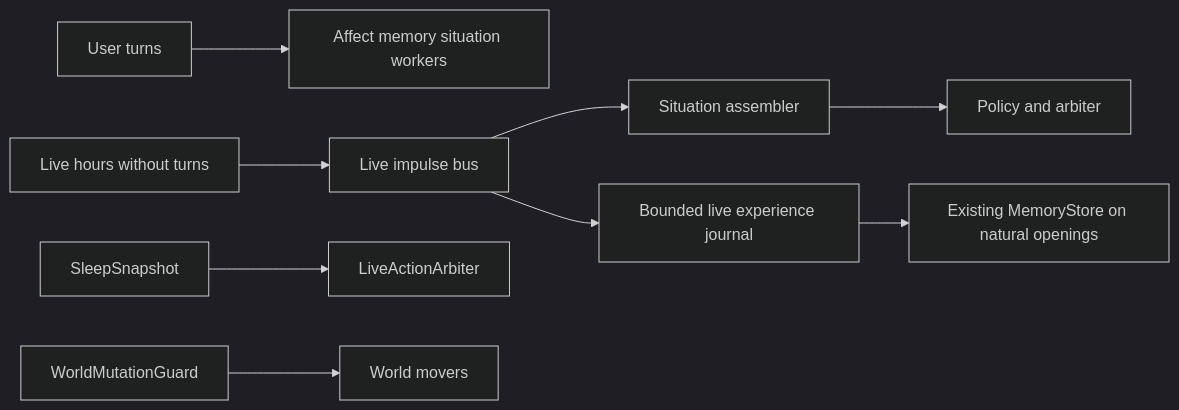
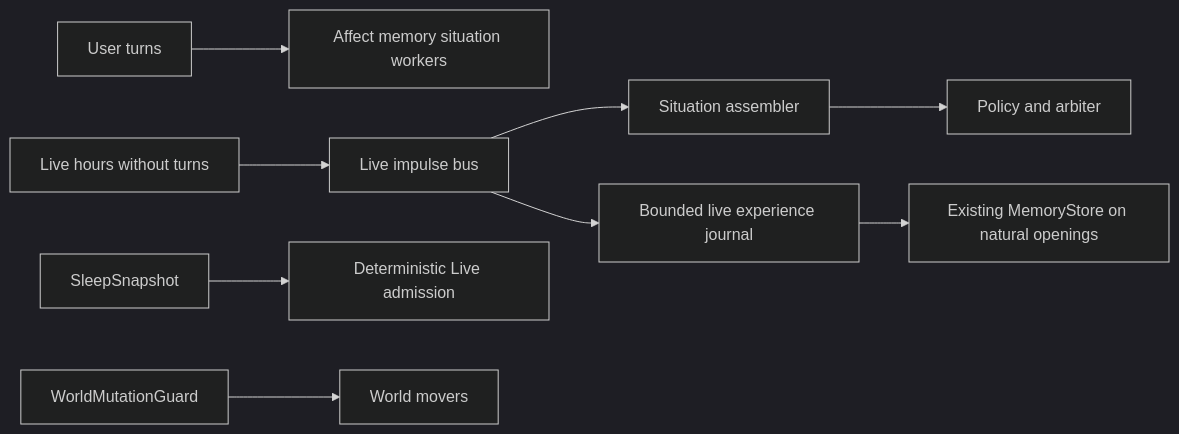
One commit to JakubBlunar/Aiko changed the first of 3 diagrams in docs/personality-backlog/live-mode.md. Above: the diagram before and after it, drawn with Mermaid (dark theme). The commit also changed other lines of this file and 47 other files, not shown here.

````diff
--- a/docs/personality-backlog/live-mode.md
+++ b/docs/personality-backlog/live-mode.md
@@ -237,11 +319,11 @@
 ```mermaid
 flowchart LR
     Turns[User turns] --> PostTurn[Affect memory situation workers]
     LiveHours[Live hours without turns] --> ImpulseBus[Live impulse bus]
     ImpulseBus --> Situation[Situation assembler]
     ImpulseBus --> Experience[Bounded live experience journal]
     Situation --> Policy[Policy and arbiter]
     Experience --> Memory[Existing MemoryStore on natural openings]
-    Sleep[SleepSnapshot] --> Arbiter[LiveActionArbiter]
+    Sleep[SleepSnapshot] --> Arbiter[Deterministic Live admission]
     Guard[WorldMutationGuard] --> Movers[World movers]
 ```
````
